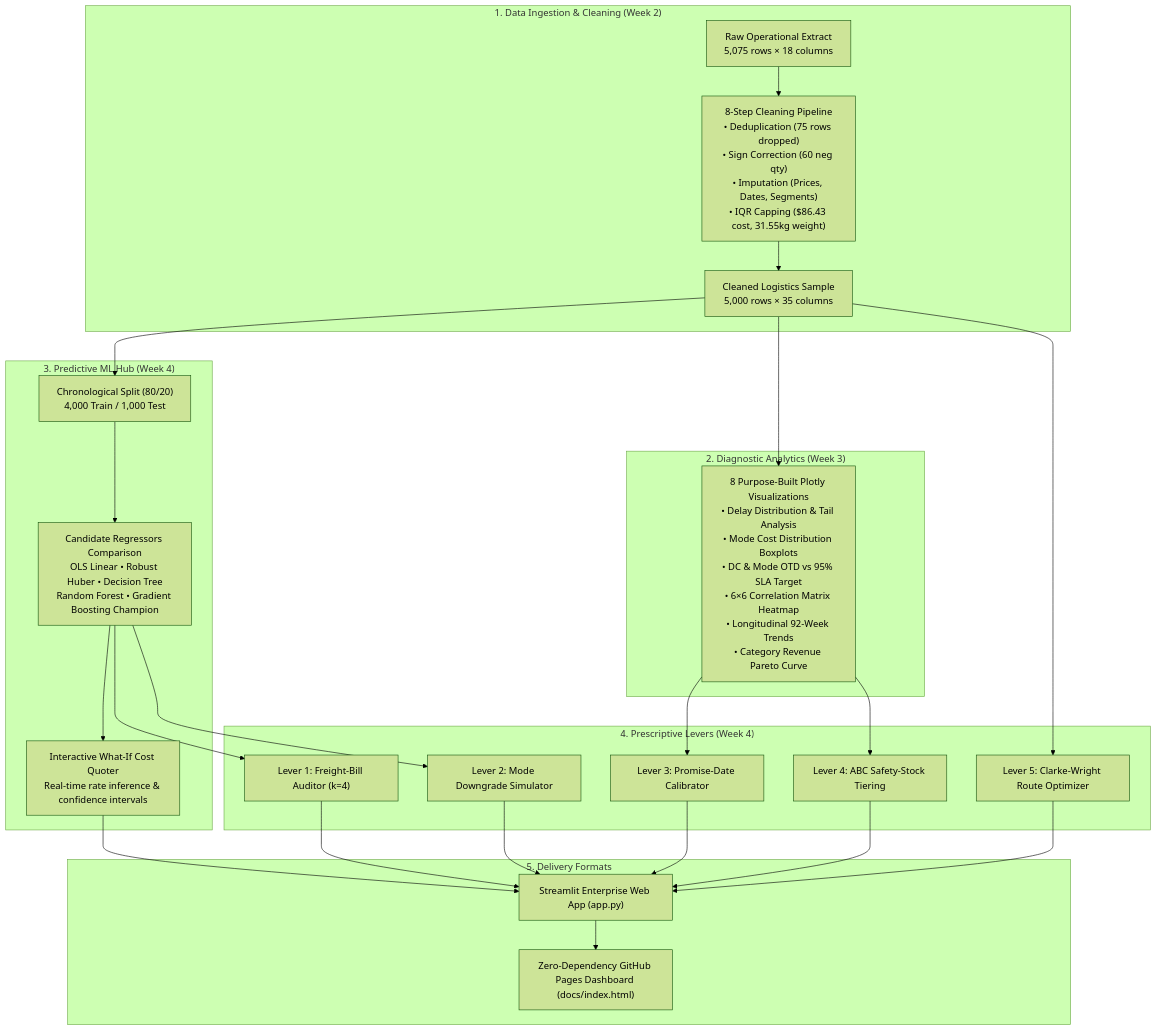
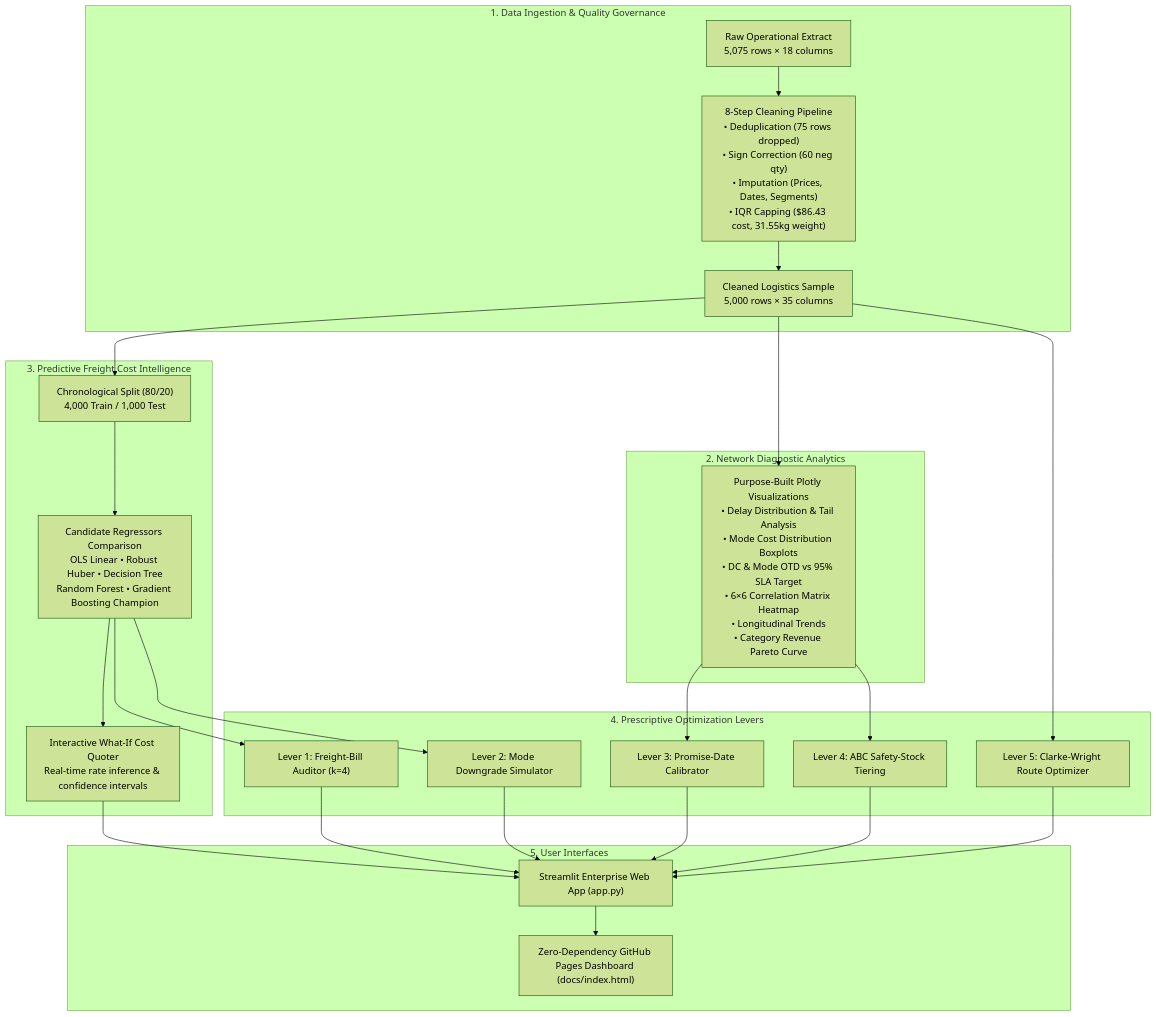
One commit to KAMALSAGAR02/logistic_work changed the diagram in README.md. Above: the diagram before and after it, drawn with Mermaid (forest theme). The commit also changed other lines of this file and 6 other files, not shown here.

Commit message:
refactor: restructure dashboard into unified enterprise architecture without week-wise framing

````diff
--- a/README.md
+++ b/README.md
@@ -41,31 +41,31 @@
 ```mermaid
 flowchart TD
-    subgraph Ingestion ["1. Data Ingestion & Cleaning (Week 2)"]
+    subgraph Ingestion ["1. Data Ingestion & Quality Governance"]
         Raw["Raw Operational Extract<br>5,075 rows × 18 columns"] --> Pipe["8-Step Cleaning Pipeline<br>• Deduplication (75 rows dropped)<br>• Sign Correction (60 neg qty)<br>• Imputation (Prices, Dates, Segments)<br>• IQR Capping ($86.43 cost, 31.55kg weight)"]
         Pipe --> Clean["Cleaned Logistics Sample<br>5,000 rows × 35 columns"]
     end
 
-    subgraph Diagnostics ["2. Diagnostic Analytics (Week 3)"]
-        Clean --> EDA["8 Purpose-Built Plotly Visualizations<br>• Delay Distribution & Tail Analysis<br>• Mode Cost Distribution Boxplots<br>• DC & Mode OTD vs 95% SLA Target<br>• 6×6 Correlation Matrix Heatmap<br>• Longitudinal 92-Week Trends<br>• Category Revenue Pareto Curve"]
+    subgraph Diagnostics ["2. Network Diagnostic Analytics"]
+        Clean --> EDA["Purpose-Built Plotly Visualizations<br>• Delay Distribution & Tail Analysis<br>• Mode Cost Distribution Boxplots<br>• DC & Mode OTD vs 95% SLA Target<br>• 6×6 Correlation Matrix Heatmap<br>• Longitudinal Trends<br>• Category Revenue Pareto Curve"]
     end
 
-    subgraph Modeling ["3. Predictive ML Hub (Week 4)"]
+    subgraph Modeling ["3. Predictive Freight Cost Intelligence"]
         Clean --> Split["Chronological Split (80/20)<br>4,000 Train / 1,000 Test"]
         Split --> ML["Candidate Regressors Comparison<br>OLS Linear • Robust Huber • Decision Tree<br>Random Forest • Gradient Boosting Champion"]
         ML --> Quoter["Interactive What-If Cost Quoter<br>Real-time rate inference & confidence intervals"]
     end
 
-    subgraph Optimization ["4. Prescriptive Levers (Week 4)"]
+    subgraph Optimization ["4. Prescriptive Optimization Levers"]
         ML --> L1["Lever 1: Freight-Bill Auditor (k=4)"]
         ML --> L2["Lever 2: Mode Downgrade Simulator"]
         EDA --> L3["Lever 3: Promise-Date Calibrator"]
         EDA --> L4["Lever 4: ABC Safety-Stock Tiering"]
         Clean --> L5["Lever 5: Clarke-Wright Route Optimizer"]
     end
 
-    subgraph Interfaces ["5. Delivery Formats"]
+    subgraph Interfaces ["5. User Interfaces"]
         Quoter --> App["Streamlit Enterprise Web App (app.py)"]
         L1 & L2 & L3 & L4 & L5 --> App
         App --> Static["Zero-Dependency GitHub Pages Dashboard (docs/index.html)"]
     end
 ```
````
